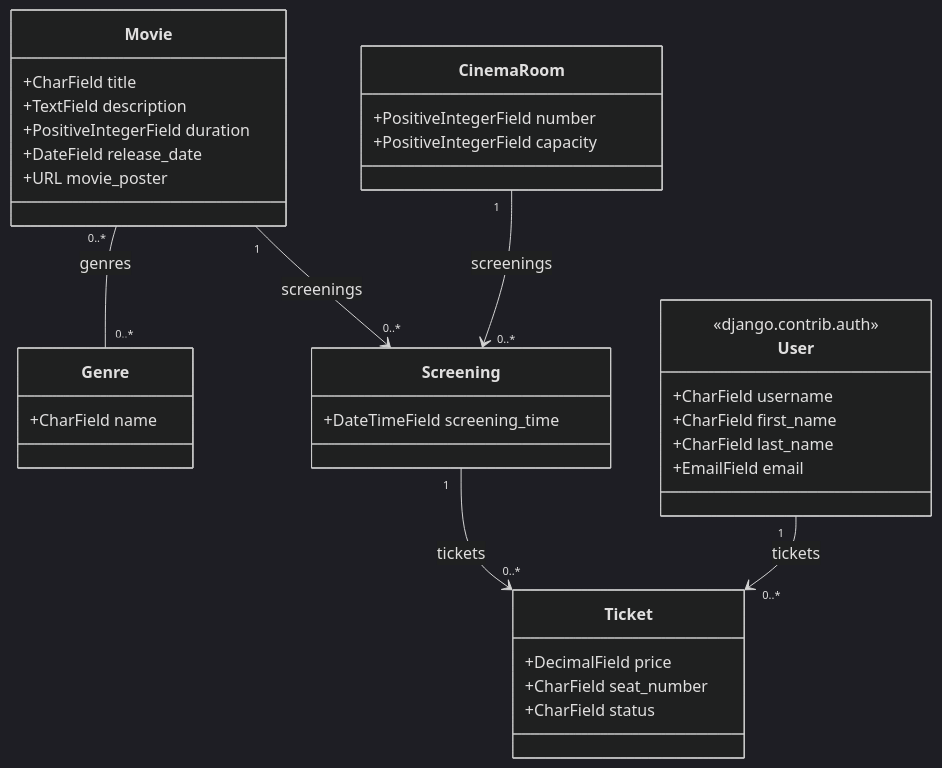
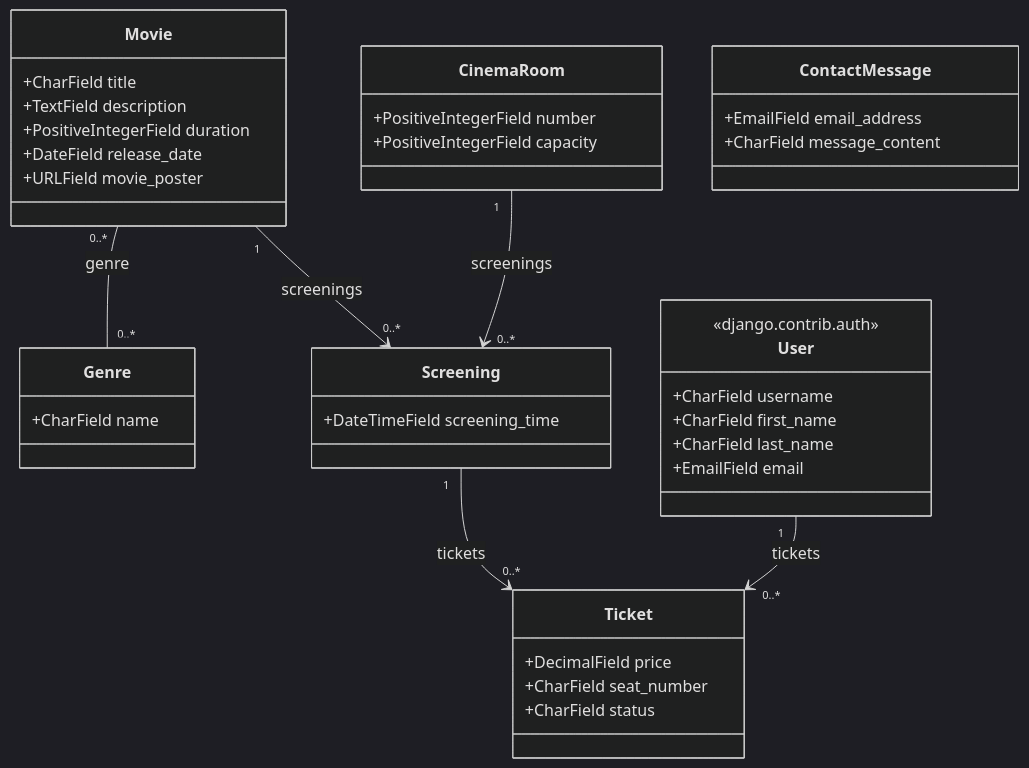
Before and after one commit to augustin-d2L/django_cinema_project: the diagram in Readme.md, drawn with Mermaid (dark theme). The commit also changed other lines of this file, not shown here.

````diff
--- a/Readme.md
+++ b/Readme.md
@@ -22,43 +26,48 @@
 ```mermaid
 classDiagram
     class Genre {
         +CharField name
     }
 
     class Movie {
         +CharField title
         +TextField description
         +PositiveIntegerField duration
         +DateField release_date
-        +URL movie_poster
+        +URLField movie_poster
     }
 
     class CinemaRoom {
         +PositiveIntegerField number
         +PositiveIntegerField capacity
     }
 
     class Screening {
         +DateTimeField screening_time
     }
 
     class Ticket {
         +DecimalField price
         +CharField seat_number
         +CharField status
     }
 
+    class ContactMessage {
+        +EmailField email_address
+        +CharField message_content
+    }
+
     class User {
         <<django.contrib.auth>>
         +CharField username
         +CharField first_name
         +CharField last_name
         +EmailField email
     }
 
-    Movie "0..*" -- "0..*" Genre : genres
+    Movie "0..*" -- "0..*" Genre : genre
     Movie "1" --> "0..*" Screening : screenings
     CinemaRoom "1" --> "0..*" Screening : screenings
     Screening "1" --> "0..*" Ticket : tickets
     User "1" --> "0..*" Ticket : tickets
 ```
````
